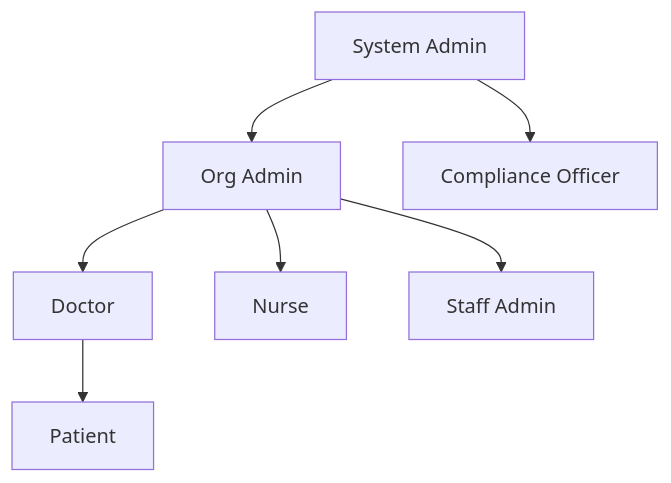
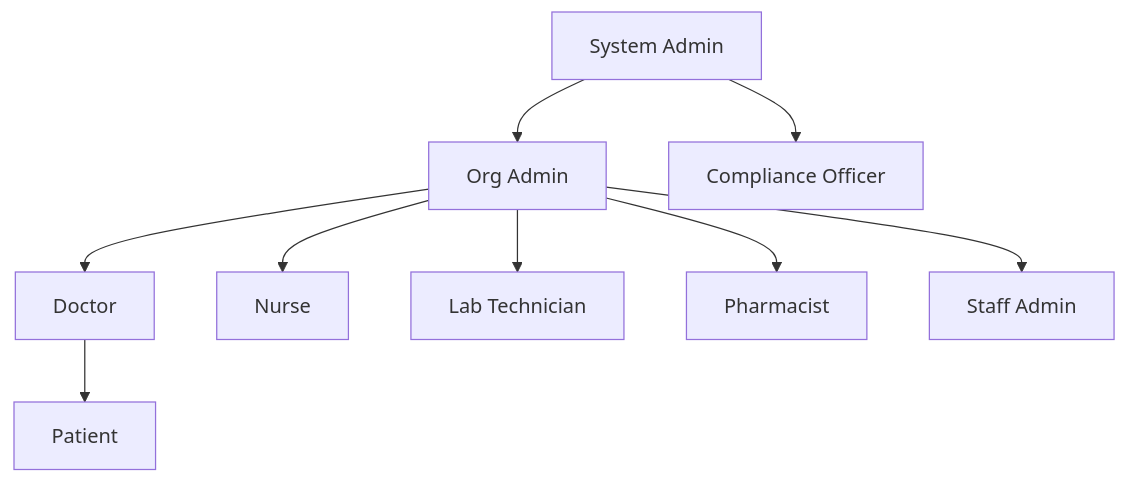
Before and after one commit to medease-uok/medease: the fourth of 10 diagrams in docs/SECURITY_ARCHITECTURE.md, drawn with Mermaid. The commit also changed other lines of this file and 1 other file, not shown here.

Commit message:
docs: Update README with project details and align security architecture

````diff
--- a/docs/SECURITY_ARCHITECTURE.md
+++ b/docs/SECURITY_ARCHITECTURE.md
@@ -142,10 +144,12 @@
 ```mermaid
 graph TD
     SA[System Admin]
     SA --> OA[Org Admin]
     SA --> CO[Compliance Officer]
     OA --> DOC[Doctor]
     OA --> NUR[Nurse]
+    OA --> LT[Lab Technician]
+    OA --> PH[Pharmacist]
     OA --> ADM[Staff Admin]
     DOC --> PAT[Patient]
 ```
````
